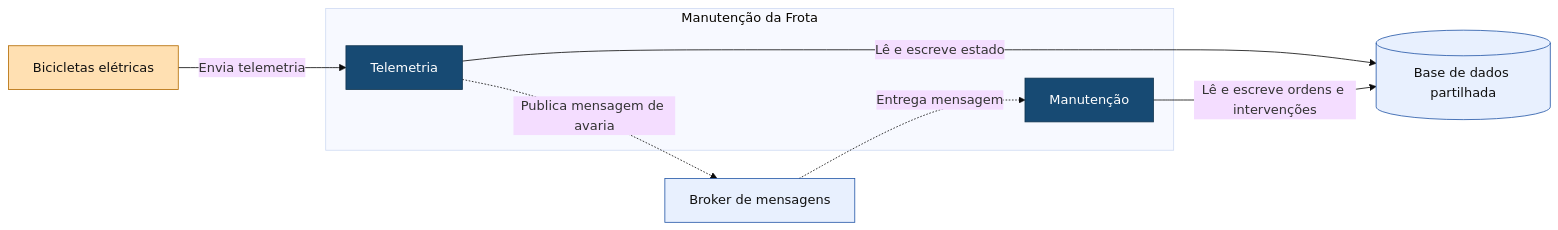
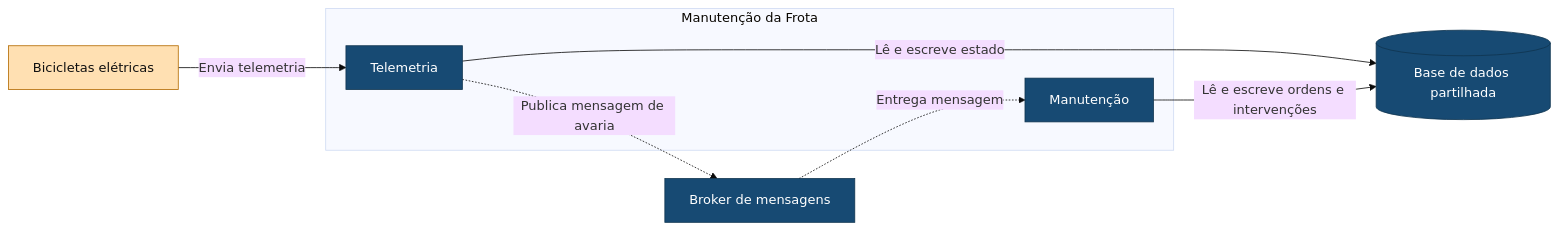
One commit to matilde-quiterio/lisboa-pedala changed the diagram in docs/diagrams/03-manutencao.md. Above: the diagram before and after it, drawn with Mermaid (base theme). The commit also changed other lines of this file and 1 other file, not shown here.

Commit message:
Alinha diagramas c4 com atualizacao de desbloqueio e viagem

````diff
--- a/docs/diagrams/03-manutencao.md
+++ b/docs/diagrams/03-manutencao.md
@@ -5,29 +5,27 @@
 ```mermaid
 flowchart LR
 
     B["Bicicletas elétricas"]
 
     subgraph MF["Manutenção da Frota"]
         T["Telemetria"]
         M["Manutenção"]
     end
 
     Q["Broker de mensagens"]
     DB[("Base de dados partilhada")]
 
     B -->|Envia telemetria| T
 
     T -.->|Publica mensagem de avaria| Q
     Q -.->|Entrega mensagem| M
 
     T -->|Lê e escreve estado| DB
     M -->|Lê e escreve ordens e intervenções| DB
 
     classDef componente fill:#174a73,stroke:#103550,color:#fff;
     classDef equipamento fill:#ffe0b2,stroke:#b36b00,color:#111;
-    classDef infraestrutura fill:#e8f0fe,stroke:#2457a7,color:#111;
 
-    class T,M componente;
+    class T,M,Q,DB componente;
     class B equipamento;
-    class Q,DB infraestrutura;
 ```
````
